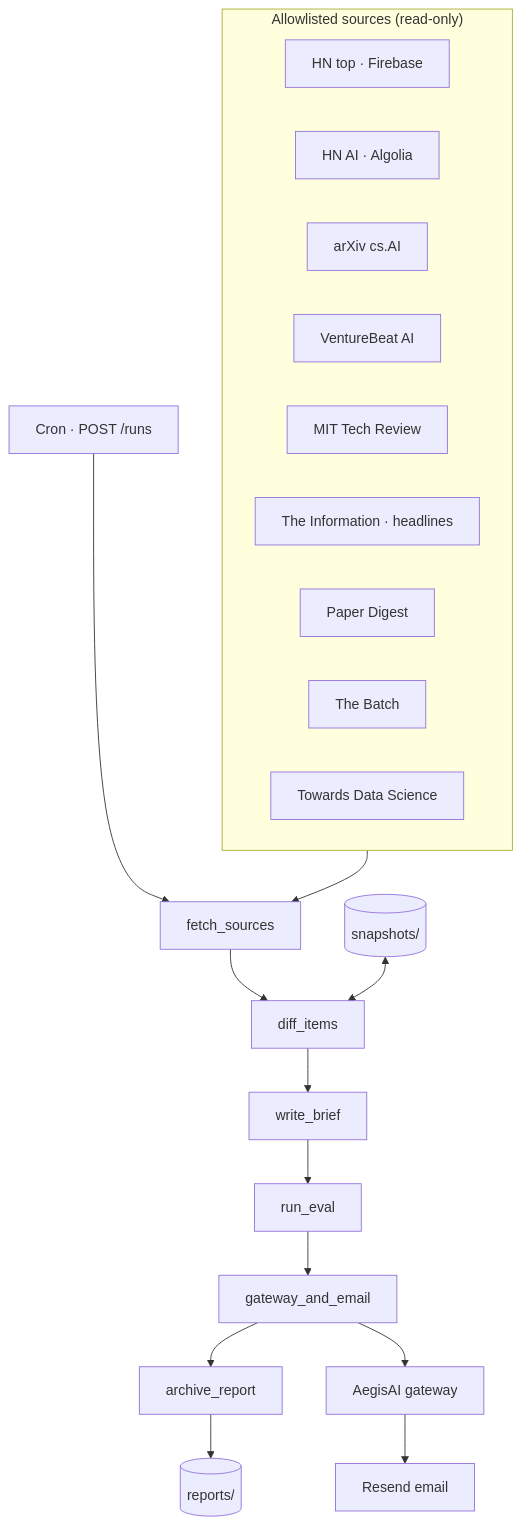
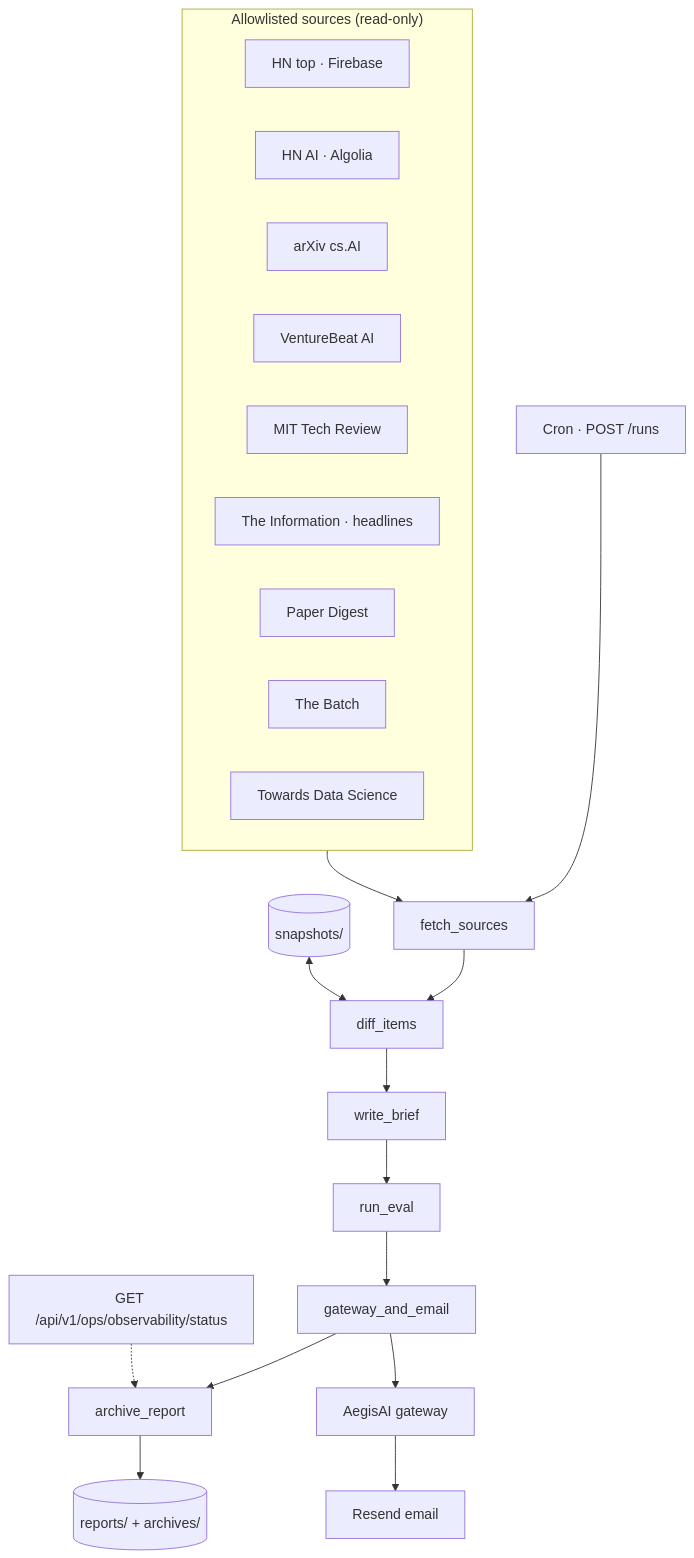
The first of 3 diagrams in docs/ARCHITECTURE.md (vpeetla-ai/sentinel-brief), drawn with Mermaid before and after one commit. The commit also changed other lines of this file, not shown here.

First line of the commit message:
Document Sentinel archive SoT in architecture

````diff
--- a/docs/ARCHITECTURE.md
+++ b/docs/ARCHITECTURE.md
@@ -13,26 +13,27 @@
 ```mermaid
 flowchart TB
   CRON["Cron · POST /runs"] --> FETCH[fetch_sources]
   FETCH --> DIFF[diff_items]
   DIFF --> BRIEF[write_brief]
   BRIEF --> EVAL[run_eval]
   EVAL --> GW[gateway_and_email]
   GW --> ARCH[archive_report]
 
   subgraph sources["Allowlisted sources (read-only)"]
     HN1[HN top · Firebase]
     HN2[HN AI · Algolia]
     ARX[arXiv cs.AI]
     VB[VentureBeat AI]
     MIT[MIT Tech Review]
     INFO[The Information · headlines]
     PD[Paper Digest]
     BATCH[The Batch]
     TDS[Towards Data Science]
   end
 
   sources --> FETCH
   SNAP[(snapshots/)] <--> DIFF
-  ARCH --> REP[(reports/)]
+  ARCH --> REP[(reports/ + archives/)]
   GW --> AEGIS[AegisAI gateway] --> MAIL[Resend email]
+  APIOBS["GET /api/v1/ops/observability/status"] -.-> ARCH
 ```
````
